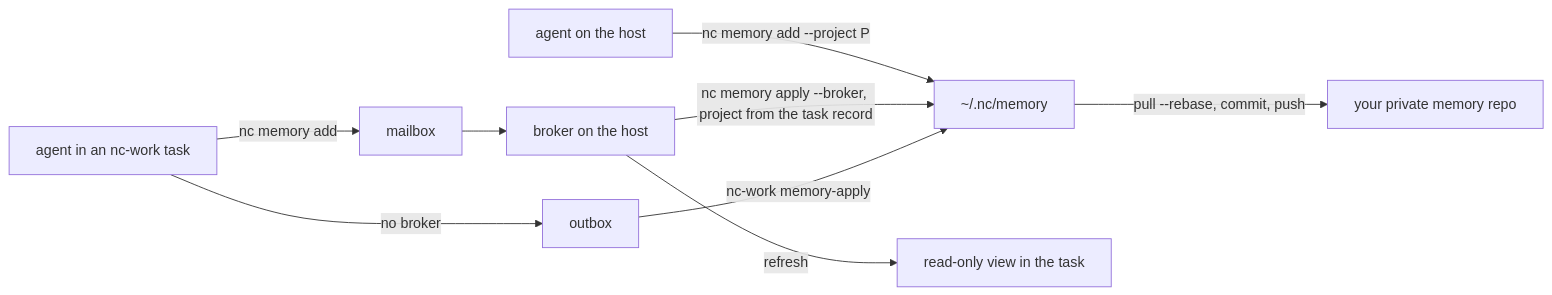
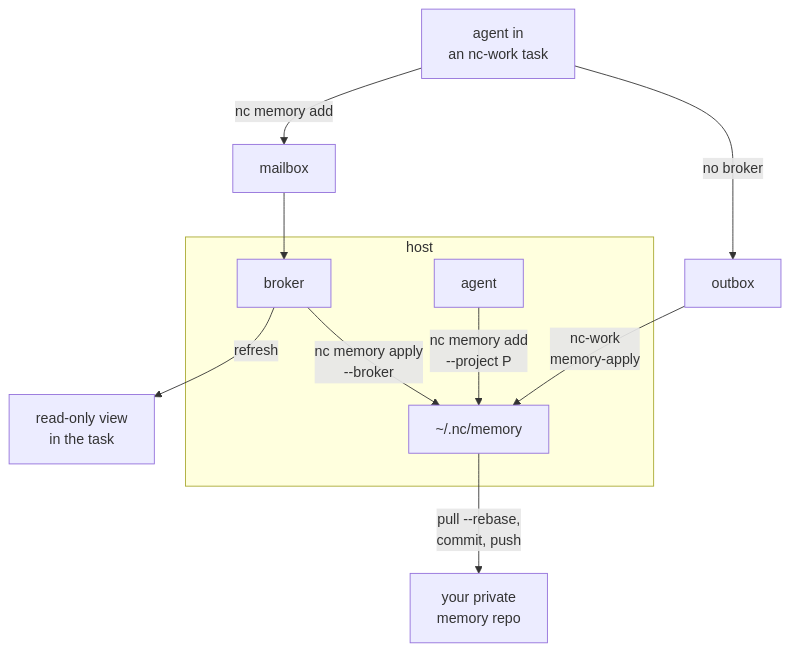
One commit to iAmSerathion/nc-memory-template changed the diagram in README.md. Above: the diagram before and after it, drawn with Mermaid.

Commit message:
README: diagrams fit the page width

````diff
--- a/README.md
+++ b/README.md
@@ -51,11 +51,21 @@
 ```mermaid
-flowchart LR
-  H["agent on the host"] -->|"nc memory add --project P"| C["~/.nc/memory"]
-  T["agent in an nc-work task"] -->|"nc memory add"| MB["mailbox"]
-  MB --> B["broker on the host"]
-  B -->|"nc memory apply --broker, project from the task record"| C
-  T -->|"no broker"| OB["outbox"]
-  OB -->|"nc-work memory-apply"| C
-  C -->|"pull --rebase, commit, push"| R["your private memory repo"]
-  B -->|"refresh"| V["read-only view in the task"]
+flowchart TB
+  T["agent in<br/>an nc-work task"]
+  MB["mailbox"]
+  OB["outbox"]
+  V["read-only view<br/>in the task"]
+  subgraph host["host"]
+    B["broker"]
+    C["~/.nc/memory"]
+    H["agent"]
+  end
+  R["your private<br/>memory repo"]
+  T -->|"nc memory add"| MB
+  T -->|"no broker"| OB
+  MB --> B
+  B -->|"refresh"| V
+  B -->|"nc memory apply<br/>--broker"| C
+  OB -->|"nc-work<br/>memory-apply"| C
+  H -->|"nc memory add<br/>--project P"| C
+  C -->|"pull --rebase,<br/>commit, push"| R
 ```
````
